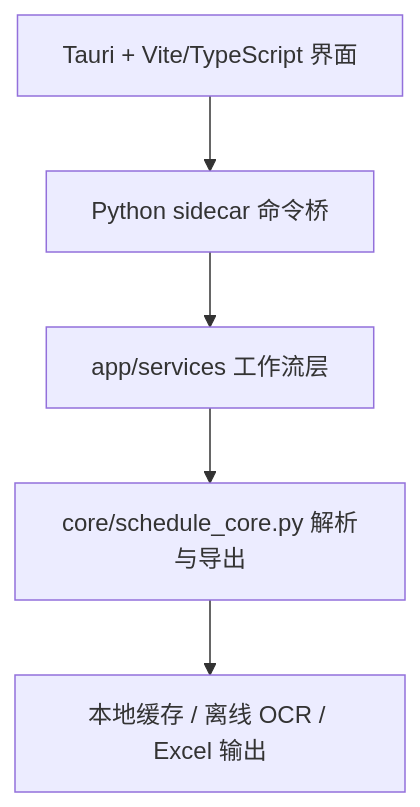
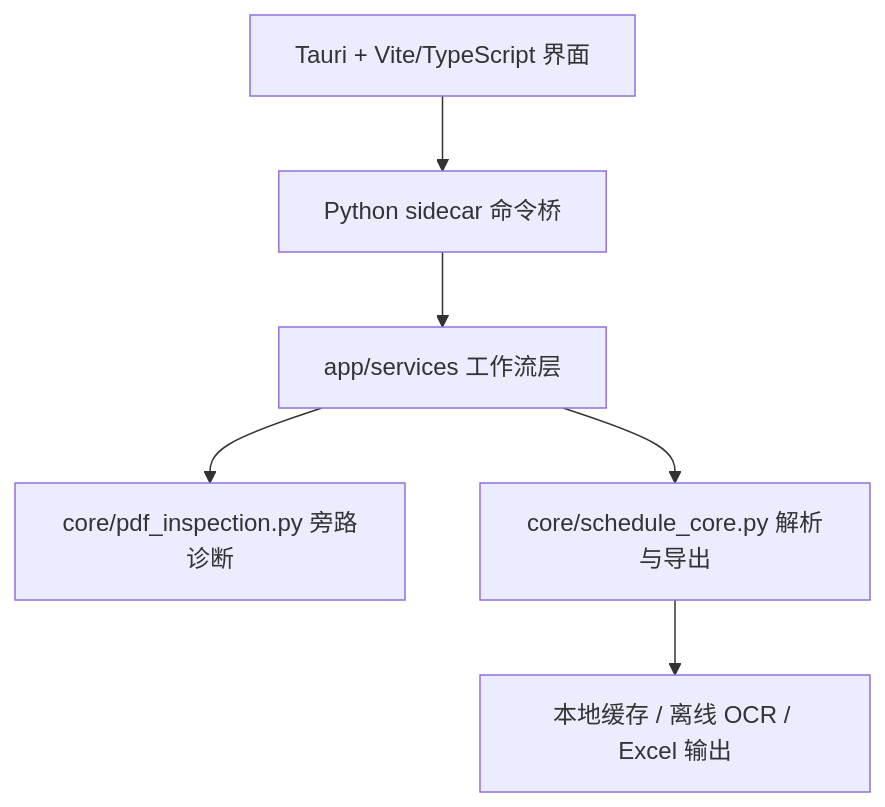
The second of 2 diagrams in README.md (GinFJ/KongGu), drawn with Mermaid before and after one commit. The commit also changed other lines of this file and 24 other files, not shown here.

````diff
--- a/README.md
+++ b/README.md
@@ -364,7 +369,8 @@
 ```mermaid
 flowchart TB
   UI["Tauri + Vite/TypeScript 界面"] --> Bridge["Python sidecar 命令桥"]
   Bridge --> Svc["app/services 工作流层"]
+  Svc --> Inspect["core/pdf_inspection.py 旁路诊断"]
   Svc --> Core["core/schedule_core.py 解析与导出"]
   Core --> Local["本地缓存 / 离线 OCR / Excel 输出"]
 ```
````
